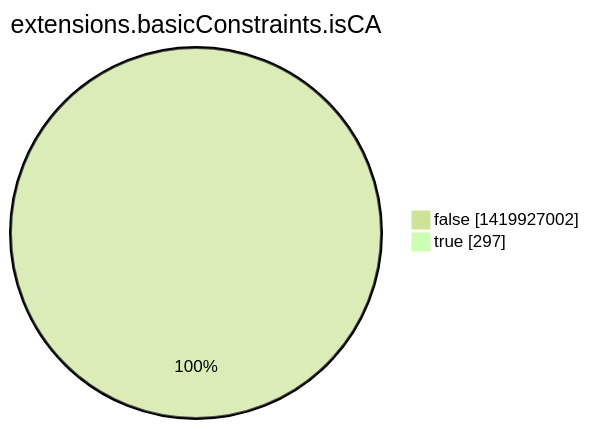
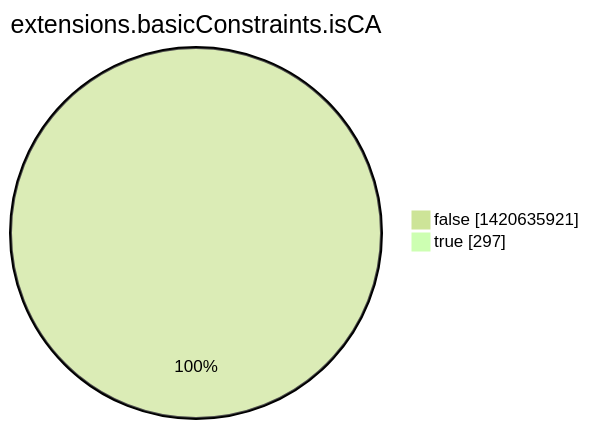
One commit to christiankrug/ctmonitor_visualization changed the eighth of 15 diagrams in argon2022/README.md. Above: the diagram before and after it, drawn with Mermaid (forest theme). The commit also changed other lines of this file, not shown here.

````diff
--- a/argon2022/README.md
+++ b/argon2022/README.md
@@ -2760,6 +2760,6 @@
 ```mermaid
 pie showData
 title extensions.basicConstraints.isCA
-"false" :1419927002
+"false" :1420635921
 "true" :297
 ```
````
